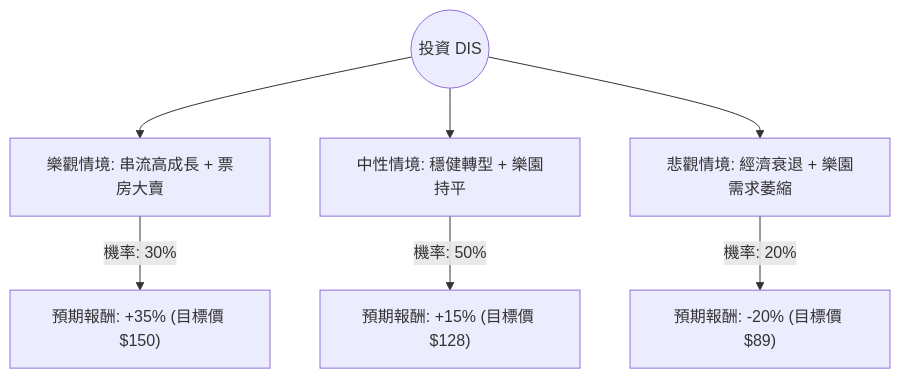
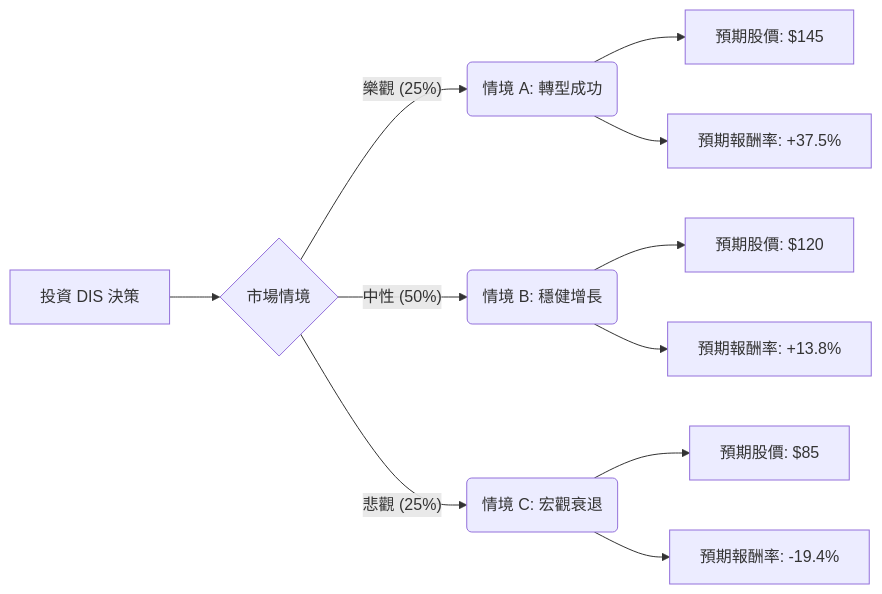
One commit to zmcx16/zmcx16.github.io changed the diagram in plugin-react/ai-analysis/ev-analysis/DIS.md. Above: the diagram before and after it, drawn with Mermaid. The commit also changed other lines of this file and 79 other files, not shown here.

````diff
--- a/plugin-react/ai-analysis/ev-analysis/DIS.md
+++ b/plugin-react/ai-analysis/ev-analysis/DIS.md
@@ -19,10 +20,16 @@
 ```mermaid
-graph TD
-    Start((投資 DIS)) --> Bull[樂觀情境: 串流高成長 + 票房大賣]
-    Start --> Base[中性情境: 穩健轉型 + 樂園持平]
-    Start --> Bear[悲觀情境: 經濟衰退 + 樂園需求萎縮]
-
-    Bull -- "機率: 30%" --> BullVal["預期報酬: +35% (目標價 $150)"]
-    Base -- "機率: 50%" --> BaseVal["預期報酬: +15% (目標價 $128)"]
-    Bear -- "機率: 20%" --> BearVal["預期報酬: -20% (目標價 $89)"]
+graph LR
+    A[投資 DIS 決策] --> B{市場情境}
+    
+    B -- 樂觀 (25%) --> C(情境 A: 轉型成功)
+    C --> C1[預期股價: $145]
+    C --> C2[預期報酬率: +37.5%]
+    
+    B -- 中性 (50%) --> D(情境 B: 穩健增長)
+    D --> D1[預期股價: $120]
+    D --> D2[預期報酬率: +13.8%]
+    
+    B -- 悲觀 (25%) --> E(情境 C: 宏觀衰退)
+    E --> E1[預期股價: $85]
+    E --> E2[預期報酬率: -19.4%]
 ```
````
